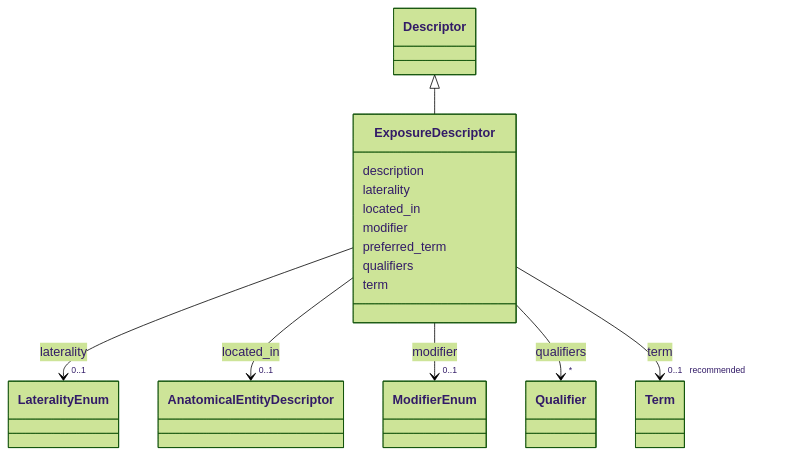
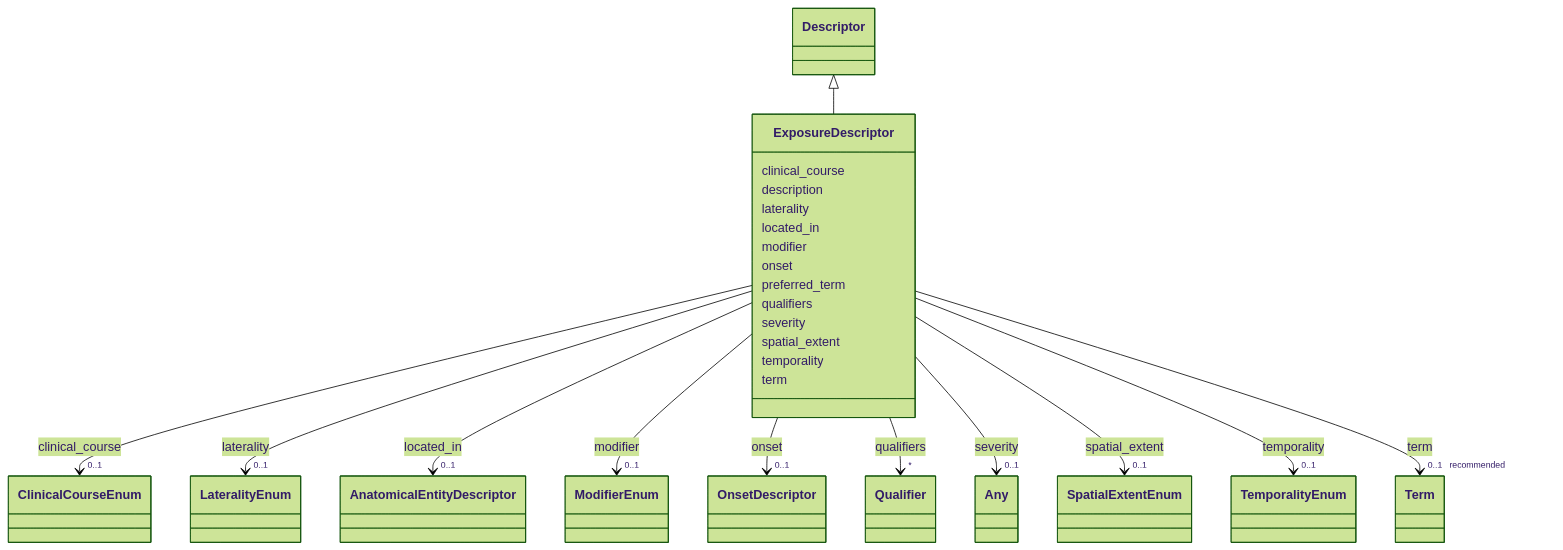
One commit to monarch-initiative/dismech changed the diagram in docs/schema/classes/ExposureDescriptor.md. Above: the diagram before and after it, drawn with Mermaid (forest theme). The commit also changed other lines of this file and 1343 other files, not shown here.

First line of the commit message:
docs: regenerate schema docs and point design-decisions link at rendered page

```diff
--- a/docs/schema/classes/ExposureDescriptor.md
+++ b/docs/schema/classes/ExposureDescriptor.md
@@ -22,6 +22,17 @@
       Descriptor <|-- ExposureDescriptor
         click Descriptor href "../../classes/Descriptor/"
       
+      ExposureDescriptor : clinical_course
+        
+          
+    
+        
+        
+        ExposureDescriptor --> "0..1" ClinicalCourseEnum : clinical_course
+        click ClinicalCourseEnum href "../../enums/ClinicalCourseEnum/"
+    
+
+        
       ExposureDescriptor : description
         
       ExposureDescriptor : laterality
@@ -57,6 +68,17 @@
     
 
         
+      ExposureDescriptor : onset
+        
+          
+    
+        
+        
+        ExposureDescriptor --> "0..1" OnsetDescriptor : onset
+        click OnsetDescriptor href "../../classes/OnsetDescriptor/"
+    
+
+        
       ExposureDescriptor : preferred_term
         
       ExposureDescriptor : qualifiers
@@ -67,6 +89,39 @@
         
         ExposureDescriptor --> "*" Qualifier : qualifiers
         click Qualifier href "../../classes/Qualifier/"
+    
+
+        
+      ExposureDescriptor : severity
+        
+          
+    
+        
+        
+        ExposureDescriptor --> "0..1" Any : severity
+        click Any href "../../classes/Any/"
+    
+
+        
+      ExposureDescriptor : spatial_extent
+        
+          
+    
+        
+        
+        ExposureDescriptor --> "0..1" SpatialExtentEnum : spatial_extent
+        click SpatialExtentEnum href "../../enums/SpatialExtentEnum/"
+    
+
+        
+      ExposureDescriptor : temporality
+        
+          
+    
+        
+        
+        ExposureDescriptor --> "0..1" TemporalityEnum : temporality
+        click TemporalityEnum href "../../enums/TemporalityEnum/"
     
 
         
```
